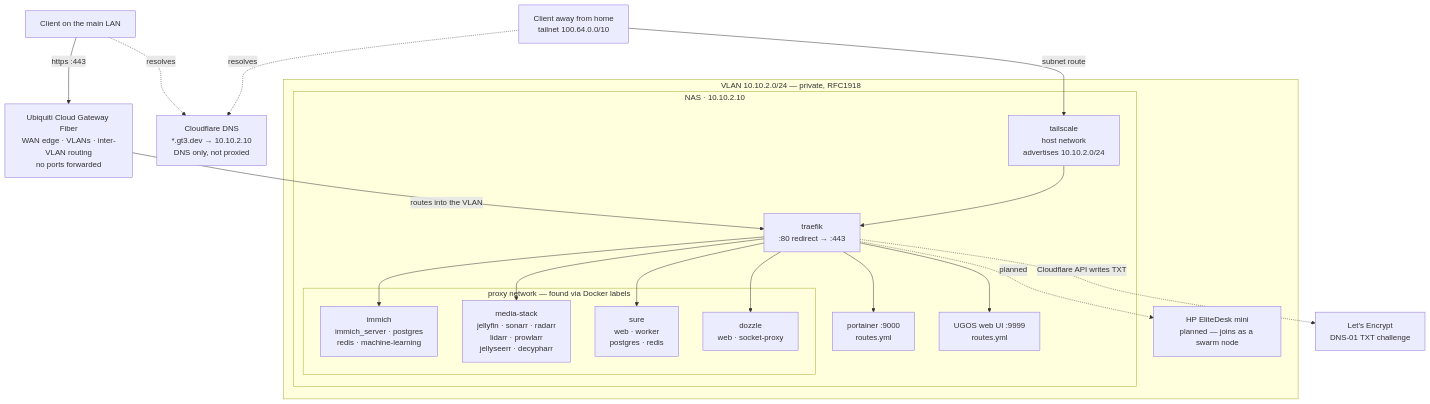
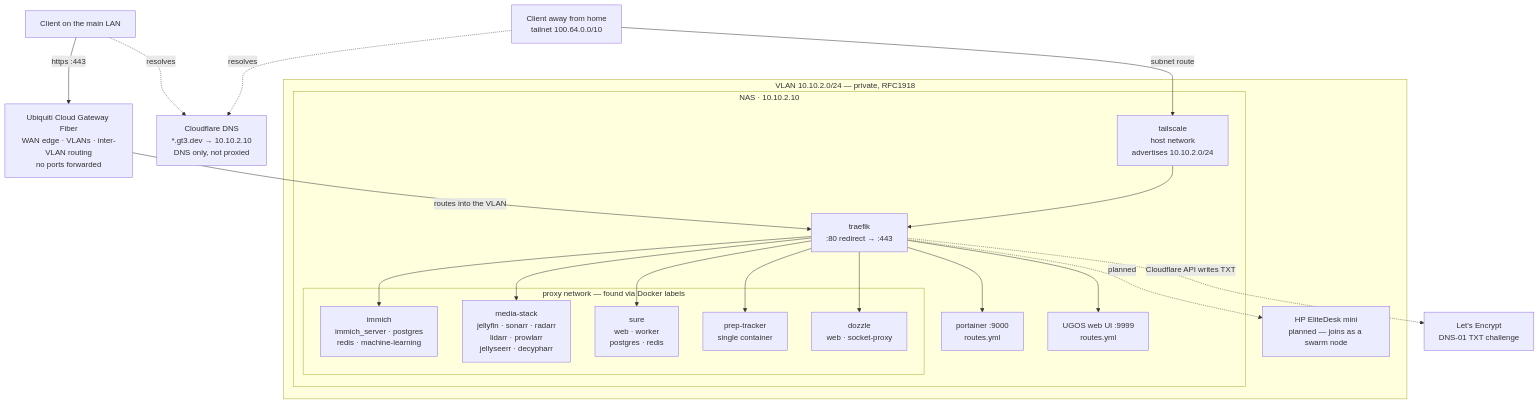
The diagram in README.md (mhallo/homelab), drawn with Mermaid before and after one commit. The commit also changed other lines of this file and 3 other files, not shown here.

Commit message:
added prep tracker

````diff
--- a/README.md
+++ b/README.md
@@ -40,45 +41,47 @@
 ```mermaid
 flowchart TB
     CF["Cloudflare DNS<br>*.gt3.dev → 10.10.2.10<br>DNS only, not proxied"]
     LE["Let's Encrypt<br>DNS-01 TXT challenge"]
 
     AWAY["Client away from home<br>tailnet 100.64.0.0/10"]
     HOME["Client on the main LAN"]
 
     UCG["Ubiquiti Cloud Gateway Fiber<br>WAN edge · VLANs · inter-VLAN routing<br>no ports forwarded"]
 
     HOME -. "resolves" .-> CF
     AWAY -. "resolves" .-> CF
     HOME -- "https :443" --> UCG
     UCG -- "routes into the VLAN" --> TRAEFIK
 
     subgraph VLAN["VLAN 10.10.2.0/24 — private, RFC1918"]
         subgraph NAS["NAS · 10.10.2.10"]
             TSC["tailscale<br>host network<br>advertises 10.10.2.0/24"]
             TRAEFIK["traefik<br>:80 redirect → :443"]
             PORT["portainer :9000<br>routes.yml"]
             UGOS["UGOS web UI :9999<br>routes.yml"]
 
             subgraph STACKS["proxy network — found via Docker labels"]
                 IMM["immich<br>immich_server · postgres<br>redis · machine-learning"]
                 MED["media-stack<br>jellyfin · sonarr · radarr<br>lidarr · prowlarr<br>jellyseerr · decypharr"]
                 SURE["sure<br>web · worker<br>postgres · redis"]
+                PREP["prep-tracker<br>single container"]
                 DOZ["dozzle<br>web · socket-proxy"]
             end
         end
 
         HP["HP EliteDesk mini<br>planned — joins as a swarm node"]
     end
 
     AWAY -- "subnet route" --> TSC
     TSC --> TRAEFIK
 
     TRAEFIK --> IMM
     TRAEFIK --> MED
     TRAEFIK --> SURE
+    TRAEFIK --> PREP
     TRAEFIK --> DOZ
     TRAEFIK --> PORT
     TRAEFIK --> UGOS
     TRAEFIK -. "planned" .-> HP
     TRAEFIK -. "Cloudflare API writes TXT" .-> LE
 ```
````
